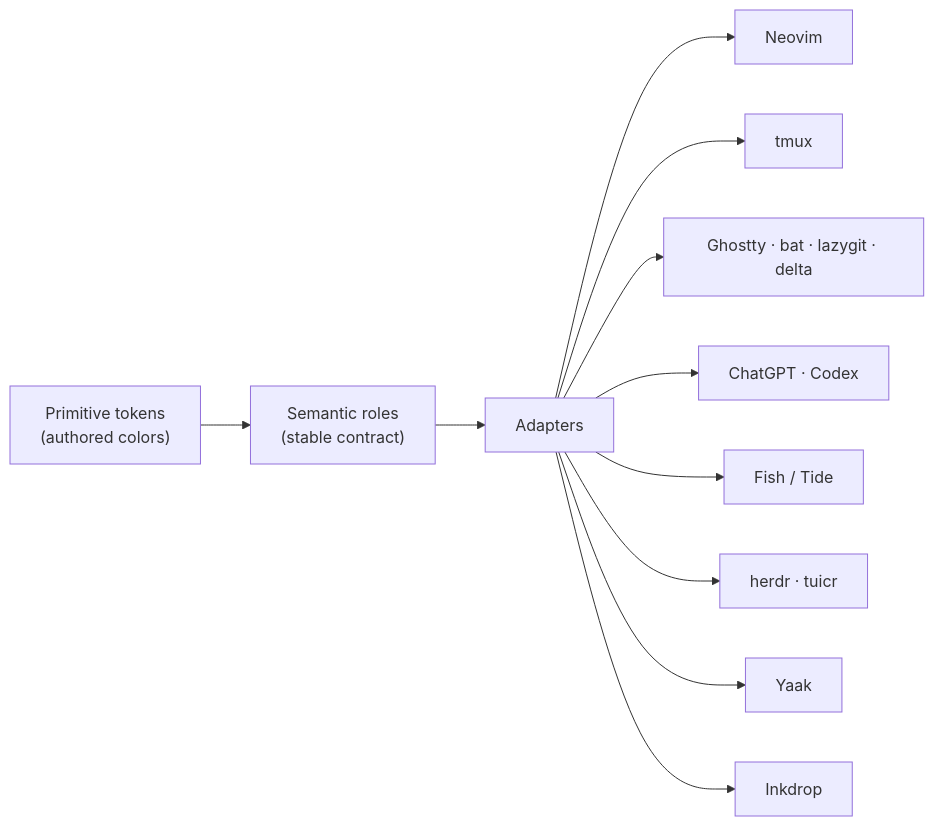
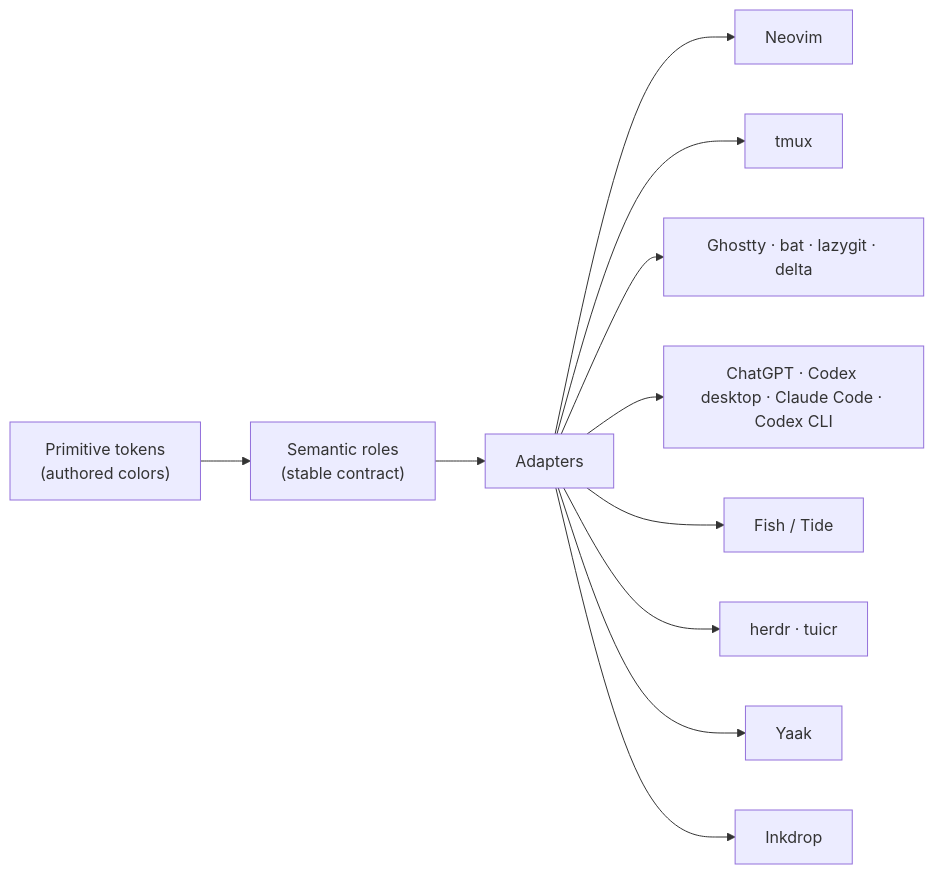
Before and after one commit to crafts69guy/hue-theme: the diagram in README.md, drawn with Mermaid. The commit also changed other lines of this file and 21 other files, not shown here.

Commit message:
feat: add Claude Code and Codex CLI theme adapters

````diff
--- a/README.md
+++ b/README.md
@@ -59,13 +61,13 @@
 ```mermaid
 flowchart LR
     P["Primitive tokens<br/>(authored colors)"] --> S["Semantic roles<br/>(stable contract)"]
     S --> A["Adapters"]
     A --> N["Neovim"]
     A --> T["tmux"]
     A --> G["Ghostty · bat · lazygit · delta"]
-    A --> C["ChatGPT · Codex"]
+    A --> C["ChatGPT · Codex desktop · Claude Code · Codex CLI"]
     A --> F["Fish / Tide"]
     A --> H["herdr · tuicr"]
     A --> Y["Yaak"]
     A --> I["Inkdrop"]
 ```
````
